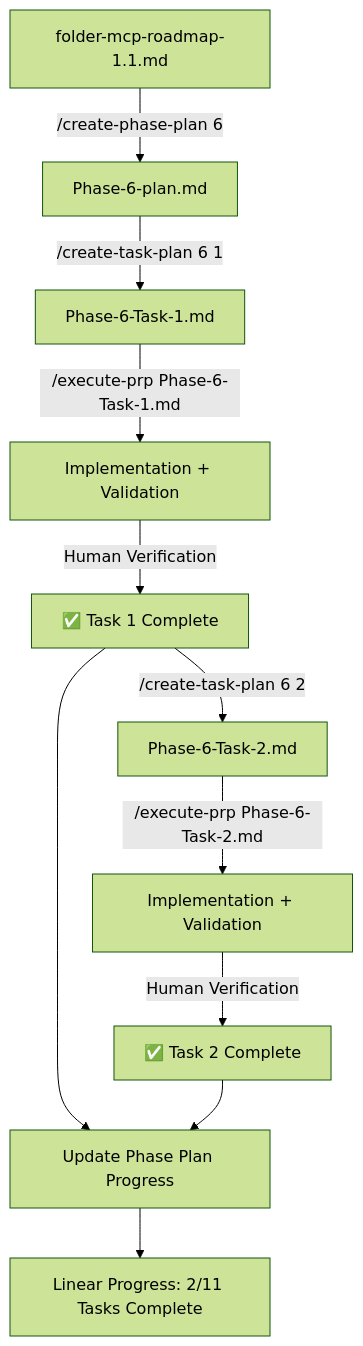
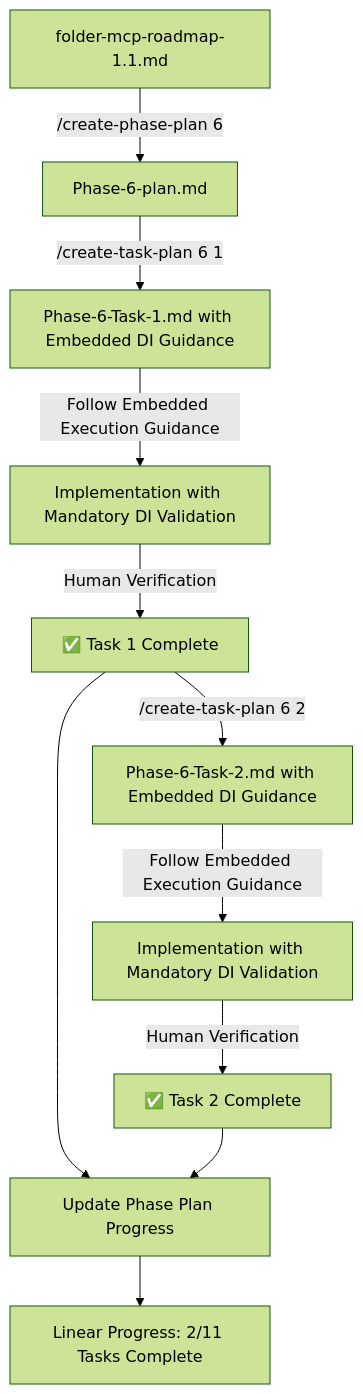
Before and after one commit to okets/folder-mcp: the diagram in docs/development-plan/methodology/context-aware-workflow.md, drawn with Mermaid (forest theme). The commit also changed other lines of this file and 2 other files, not shown here.

````diff
--- a/docs/development-plan/methodology/context-aware-workflow.md
+++ b/docs/development-plan/methodology/context-aware-workflow.md
@@ -11,14 +10,14 @@
 ```mermaid
 graph TD
     A[folder-mcp-roadmap-1.1.md] -->|/create-phase-plan 6| B[Phase-6-plan.md]
-    B -->|/create-task-plan 6 1| C[Phase-6-Task-1.md]
-    C -->|/execute-prp Phase-6-Task-1.md| D[Implementation + Validation]
+    B -->|/create-task-plan 6 1| C[Phase-6-Task-1.md with Embedded DI Guidance]
+    C -->|Follow Embedded Execution Guidance| D[Implementation with Mandatory DI Validation]
     D -->|Human Verification| E[✅ Task 1 Complete]
-    E -->|/create-task-plan 6 2| F[Phase-6-Task-2.md]
-    F -->|/execute-prp Phase-6-Task-2.md| G[Implementation + Validation]
+    E -->|/create-task-plan 6 2| F[Phase-6-Task-2.md with Embedded DI Guidance]
+    F -->|Follow Embedded Execution Guidance| G[Implementation with Mandatory DI Validation]
     G -->|Human Verification| H[✅ Task 2 Complete]
     
     E --> I[Update Phase Plan Progress]
     H --> I
     I --> J[Linear Progress: 2/11 Tasks Complete]
 ```
````
